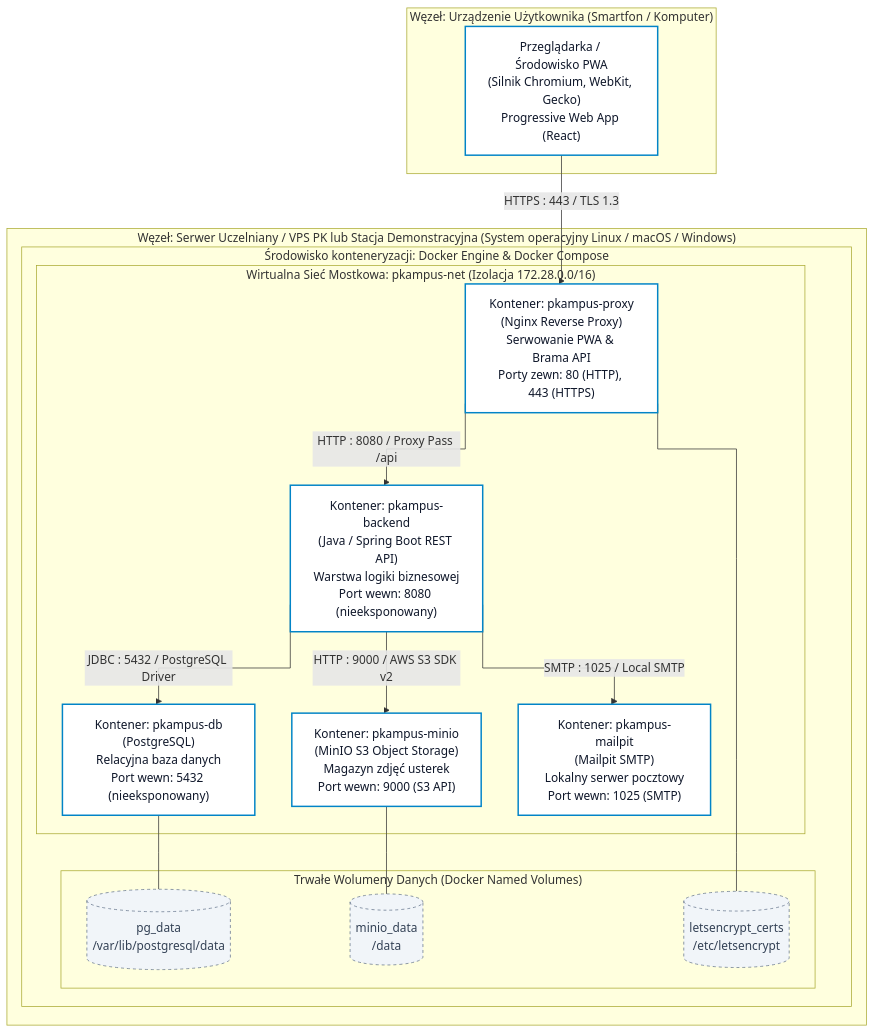
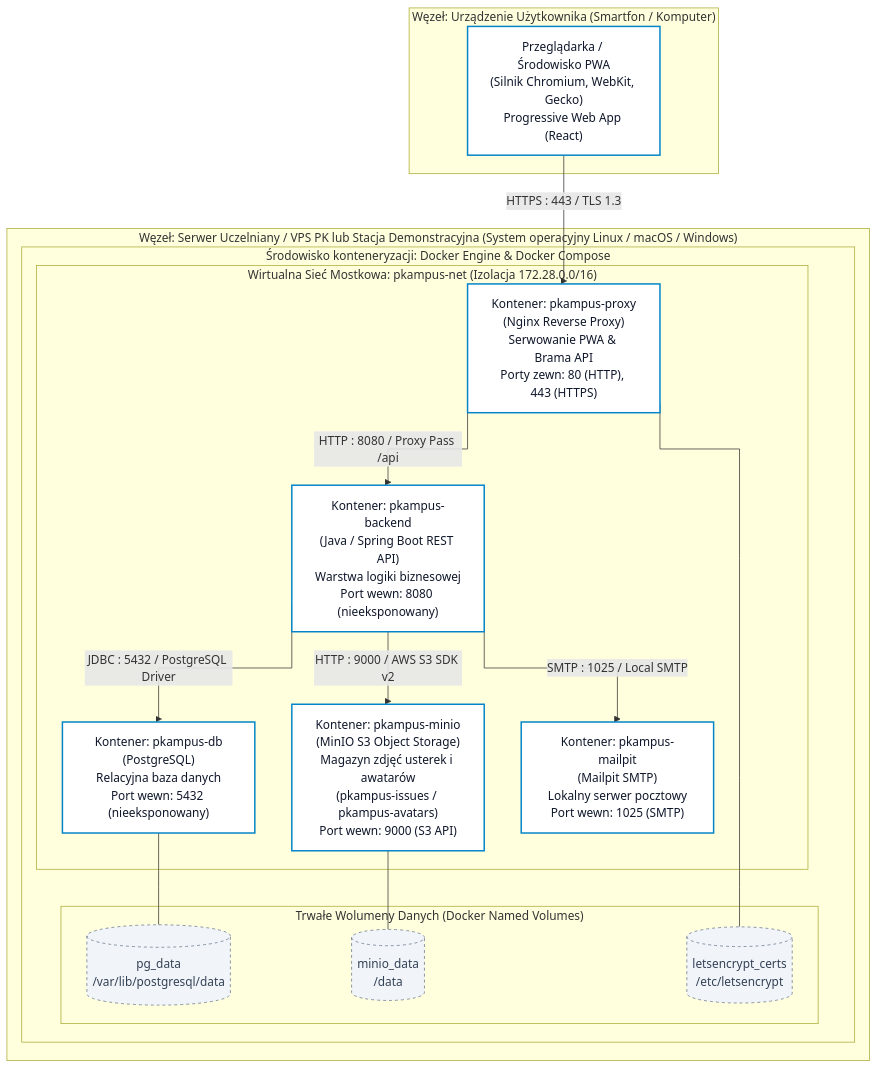
One commit to Buczy8/PKampus changed the diagram in Docs/Diagram_Wdrozenia.md. Above: the diagram before and after it, drawn with Mermaid. The commit also changed other lines of this file and 7 other files, not shown here.

````diff
--- a/Docs/Diagram_Wdrozenia.md
+++ b/Docs/Diagram_Wdrozenia.md
@@ -20,39 +20,39 @@
 ```mermaid
 %%{init: {'flowchart': {'curve': 'stepBefore'}}}%%
 flowchart TD
     classDef nodeStyle fill:#f8fafc,stroke:#334155,stroke-width:2px,color:#0f172a;
     classDef containerStyle fill:#ffffff,stroke:#0284c7,stroke-width:2px,color:#0f172a;
     classDef storageStyle fill:#f1f5f9,stroke:#64748b,stroke-width:1px,stroke-dasharray: 4 4,color:#334155;
 
     subgraph CLIENT_NODE["Węzeł: Urządzenie Użytkownika (Smartfon / Komputer)"]
         BROWSER["Przeglądarka / Środowisko PWA<br/>(Silnik Chromium, WebKit, Gecko)<br/>Progressive Web App (React)"]:::containerStyle
     end
 
     subgraph SERVER_NODE["Węzeł: Serwer Uczelniany / VPS PK lub Stacja Demonstracyjna (System operacyjny Linux / macOS / Windows)"]
         subgraph DOCKER_COMPOSE["Środowisko konteneryzacji: Docker Engine & Docker Compose"]
             subgraph BRIDGE_NET["Wirtualna Sieć Mostkowa: pkampus-net (Izolacja 172.28.0.0/16)"]
                 NGINX["Kontener: pkampus-proxy<br/>(Nginx Reverse Proxy)<br/>Serwowanie PWA & Brama API<br/>Porty zewn: 80 (HTTP), 443 (HTTPS)"]:::containerStyle
                 BACKEND["Kontener: pkampus-backend<br/>(Java / Spring Boot REST API)<br/>Warstwa logiki biznesowej<br/>Port wewn: 8080 (nieeksponowany)"]:::containerStyle
                 DATABASE["Kontener: pkampus-db<br/>(PostgreSQL)<br/>Relacyjna baza danych<br/>Port wewn: 5432 (nieeksponowany)"]:::containerStyle
-                STORAGE["Kontener: pkampus-minio<br/>(MinIO S3 Object Storage)<br/>Magazyn zdjęć usterek<br/>Port wewn: 9000 (S3 API)"]:::containerStyle
+                STORAGE["Kontener: pkampus-minio<br/>(MinIO S3 Object Storage)<br/>Magazyn zdjęć usterek i awatarów<br/>(pkampus-issues / pkampus-avatars)<br/>Port wewn: 9000 (S3 API)"]:::containerStyle
                 MAILPIT["Kontener: pkampus-mailpit<br/>(Mailpit SMTP)<br/>Lokalny serwer pocztowy<br/>Port wewn: 1025 (SMTP)"]:::containerStyle
             end
 
             subgraph VOLUMES["Trwałe Wolumeny Danych (Docker Named Volumes)"]
                 VOL_DB[("pg_data<br/>/var/lib/postgresql/data")]:::storageStyle
                 VOL_MINIO[("minio_data<br/>/data")]:::storageStyle
                 VOL_CERTS[("letsencrypt_certs<br/>/etc/letsencrypt")]:::storageStyle
             end
         end
     end
 
     BROWSER -->|HTTPS : 443 / TLS 1.3| NGINX
     NGINX -->|HTTP : 8080 / Proxy Pass /api| BACKEND
     BACKEND -->|JDBC : 5432 / PostgreSQL Driver| DATABASE
     BACKEND -->|HTTP : 9000 / AWS S3 SDK v2| STORAGE
     BACKEND -->|SMTP : 1025 / Local SMTP| MAILPIT
 
     DATABASE --- VOL_DB
     STORAGE --- VOL_MINIO
     NGINX --- VOL_CERTS
 ```
````
